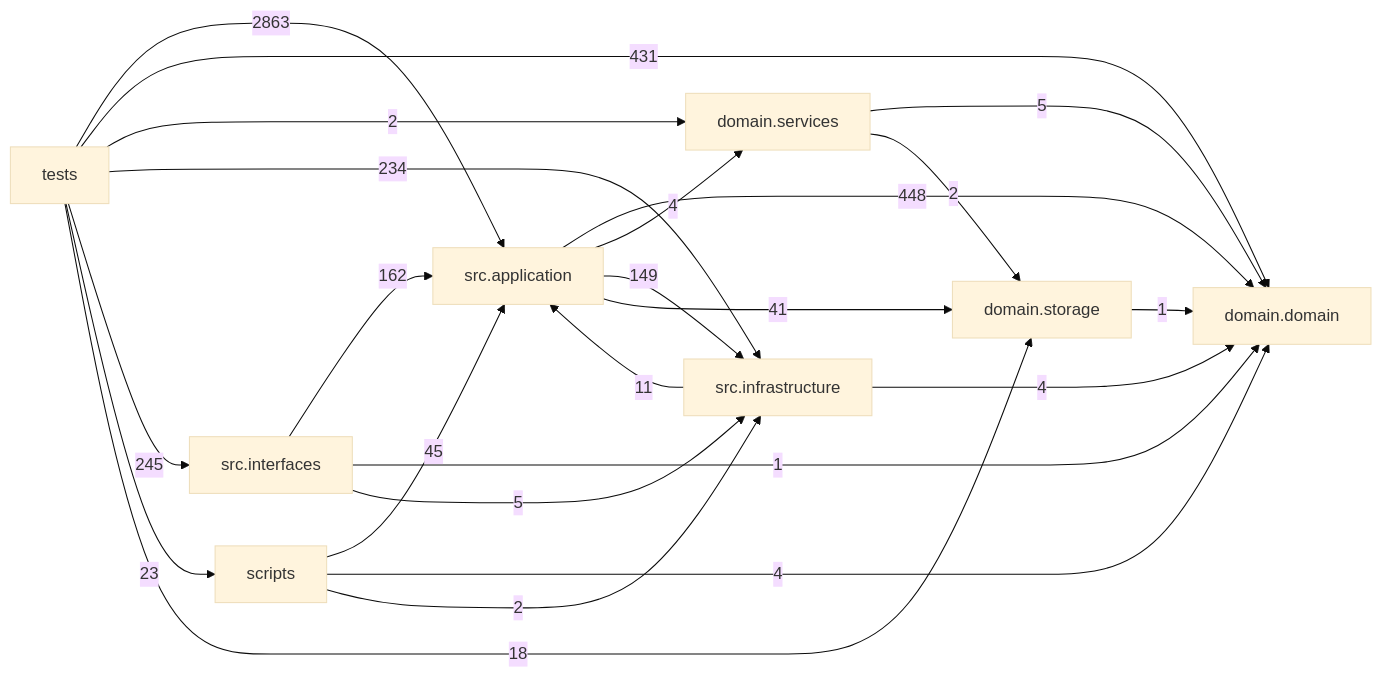
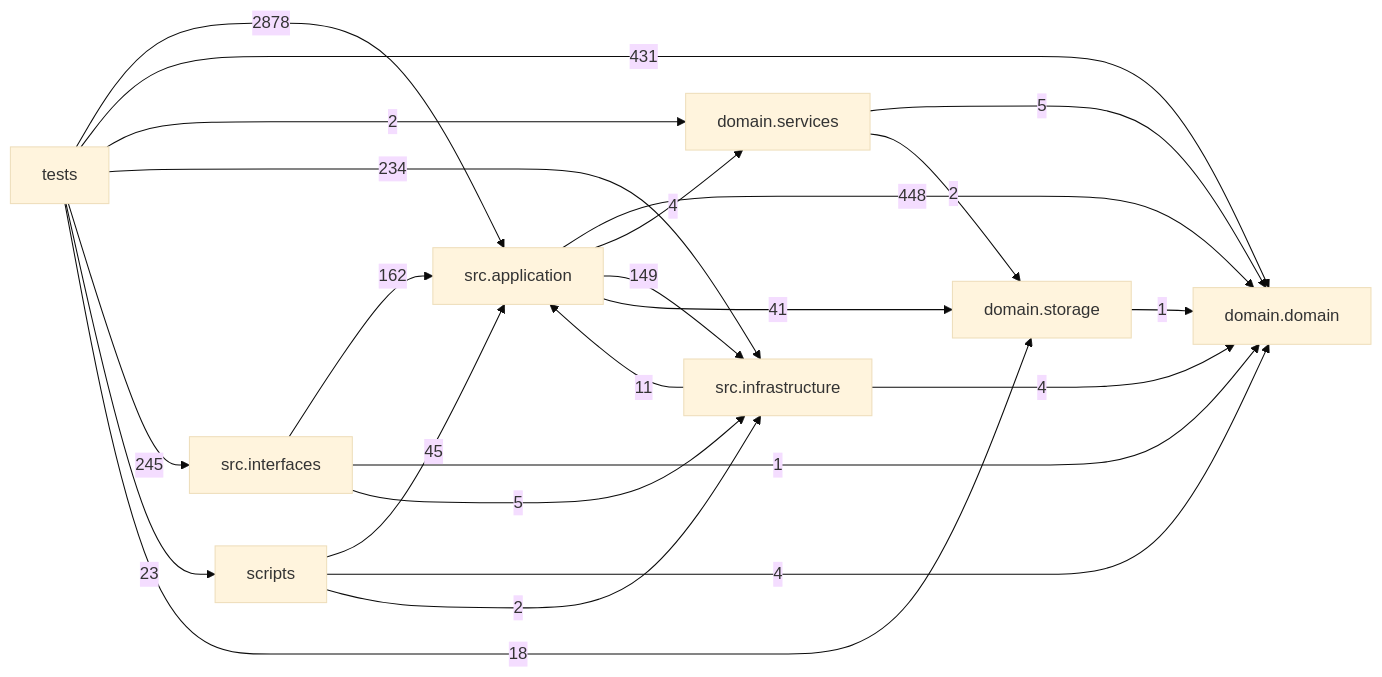
Before and after one commit to liuxie066/options-monitor: the diagram in docs/DEPENDENCY_GRAPH.md, drawn with Mermaid (base theme). The commit also changed other lines of this file and 11 other files, not shown here.

````diff
--- a/docs/DEPENDENCY_GRAPH.md
+++ b/docs/DEPENDENCY_GRAPH.md
@@ -24,33 +24,33 @@
 ```mermaid
 flowchart LR
   tests["tests"]
   scripts["scripts"]
   interfaces["src.interfaces"]
   application["src.application"]
   infrastructure["src.infrastructure"]
   domain_services["domain.services"]
   domain["domain.domain"]
   storage["domain.storage"]
   application -->|448| domain
   application -->|4| domain_services
   application -->|149| infrastructure
   application -->|41| storage
   domain_services -->|5| domain
   domain_services -->|2| storage
   infrastructure -->|11| application
   infrastructure -->|4| domain
   interfaces -->|162| application
   interfaces -->|1| domain
   interfaces -->|5| infrastructure
   scripts -->|45| application
   scripts -->|4| domain
   scripts -->|2| infrastructure
   storage -->|1| domain
-  tests -->|2863| application
+  tests -->|2878| application
   tests -->|431| domain
   tests -->|2| domain_services
   tests -->|234| infrastructure
   tests -->|245| interfaces
   tests -->|23| scripts
   tests -->|18| storage
 ```
````
